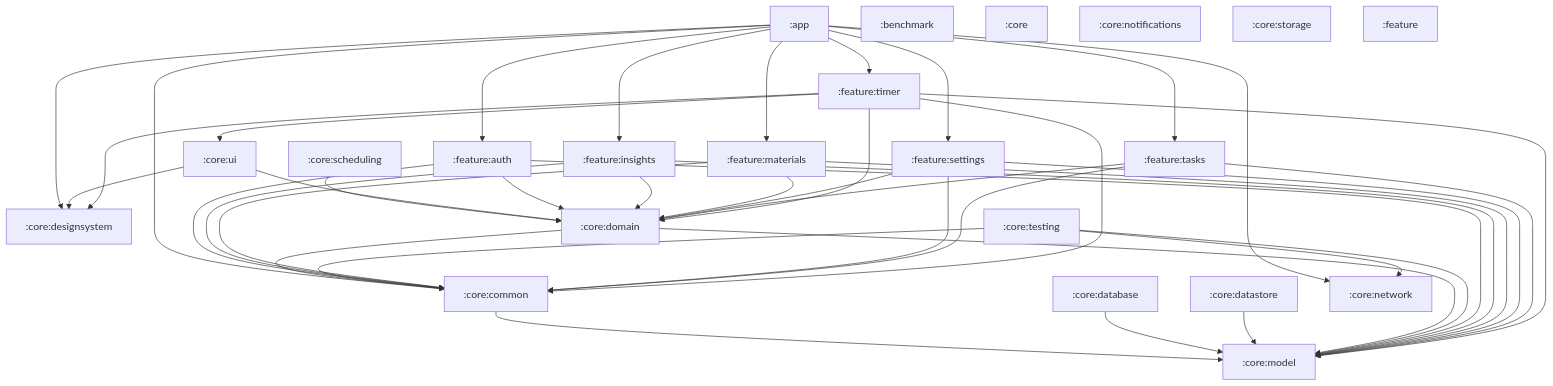
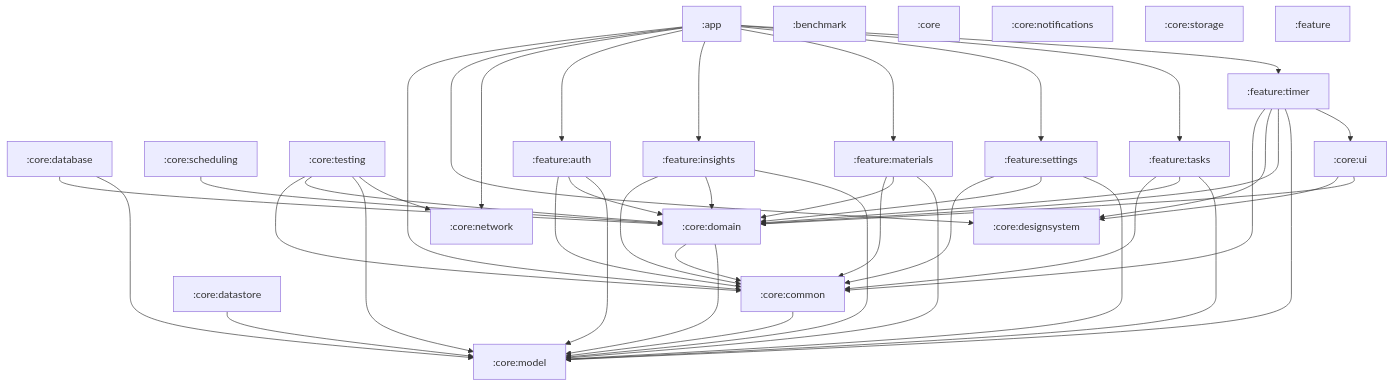
Before and after one commit to konarsubhojit/study-app: the diagram in docs/module-graph.md, drawn with Mermaid. The commit also changed other lines of this file and 9 other files, not shown here.

Commit message:
Add repository tests, module graph entry and ADR updates for the task model

````diff
--- a/docs/module-graph.md
+++ b/docs/module-graph.md
@@ -8,65 +8,67 @@
 ```mermaid
 graph TD
     app[":app"]
     benchmark[":benchmark"]
     core[":core"]
     core_common[":core:common"]
     core_database[":core:database"]
     core_datastore[":core:datastore"]
     core_designsystem[":core:designsystem"]
     core_domain[":core:domain"]
     core_model[":core:model"]
     core_network[":core:network"]
     core_notifications[":core:notifications"]
     core_scheduling[":core:scheduling"]
     core_storage[":core:storage"]
     core_testing[":core:testing"]
     core_ui[":core:ui"]
     feature[":feature"]
     feature_auth[":feature:auth"]
     feature_insights[":feature:insights"]
     feature_materials[":feature:materials"]
     feature_settings[":feature:settings"]
     feature_tasks[":feature:tasks"]
     feature_timer[":feature:timer"]
     app --> core_common
     app --> core_designsystem
     app --> core_network
     app --> feature_auth
     app --> feature_insights
     app --> feature_materials
     app --> feature_settings
     app --> feature_tasks
     app --> feature_timer
     core_common --> core_model
+    core_database --> core_domain
     core_database --> core_model
     core_datastore --> core_model
     core_domain --> core_common
     core_domain --> core_model
     core_scheduling --> core_domain
     core_testing --> core_common
+    core_testing --> core_domain
     core_testing --> core_model
     core_testing --> core_network
     core_ui --> core_designsystem
     core_ui --> core_domain
     feature_auth --> core_common
     feature_auth --> core_domain
     feature_auth --> core_model
     feature_insights --> core_common
     feature_insights --> core_domain
     feature_insights --> core_model
     feature_materials --> core_common
     feature_materials --> core_domain
     feature_materials --> core_model
     feature_settings --> core_common
     feature_settings --> core_domain
     feature_settings --> core_model
     feature_tasks --> core_common
     feature_tasks --> core_domain
     feature_tasks --> core_model
     feature_timer --> core_common
     feature_timer --> core_designsystem
     feature_timer --> core_domain
     feature_timer --> core_model
     feature_timer --> core_ui
 ```
````
